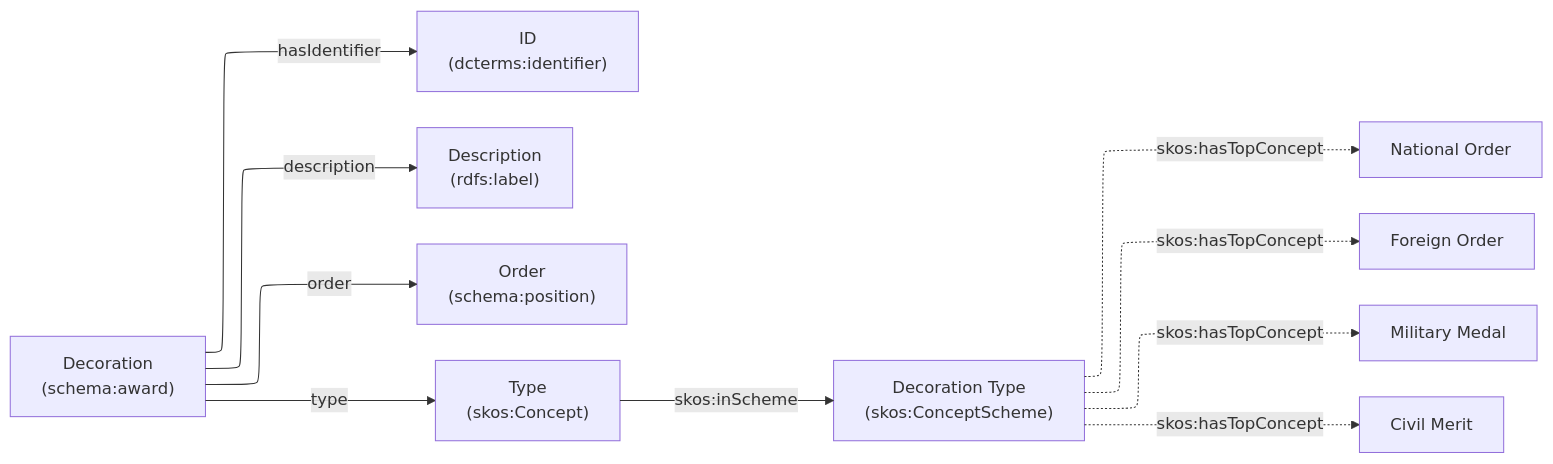
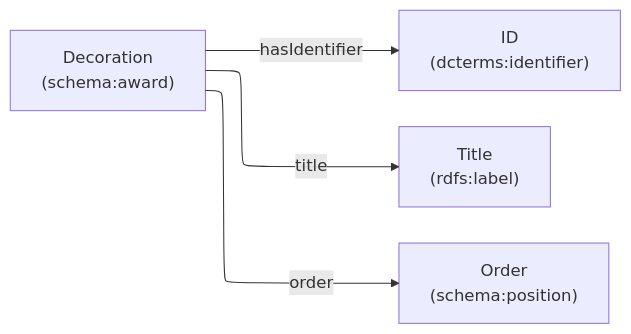
One commit to Kaankzlyar/orwell-generalized changed the diagram in docs/registobiografico/decoration.mermaid. Above: the diagram before and after it, drawn with Mermaid. The commit also changed 10 other files, not shown here.

Commit message:
fix some graphs

```diff
--- a/docs/registobiografico/decoration.mermaid
+++ b/docs/registobiografico/decoration.mermaid
@@ -1,15 +1,8 @@
 ---
 config:
   layout: elk
 ---
 flowchart LR
     Decoration["Decoration<br>(schema:award)"] -- hasIdentifier --> did["ID<br>(dcterms:identifier)"]
-    Decoration -- description --> ddes["Description<br>(rdfs:label)"]
+    Decoration -- title --> ddes["Title<br>(rdfs:label)"]
     Decoration -- order --> dorder["Order<br>(schema:position)"]
-    Decoration -- type --> dtype["Type<br>(skos:Concept)"]
-    
-    dtype -->|"skos:inScheme"| dtypeEnum["Decoration Type<br>(skos:ConceptScheme)"]
-    dtypeEnum -.->|"skos:hasTopConcept"| dt1["National Order"]
-    dtypeEnum -.->|"skos:hasTopConcept"| dt2["Foreign Order"]
-    dtypeEnum -.->|"skos:hasTopConcept"| dt3["Military Medal"]
-    dtypeEnum -.->|"skos:hasTopConcept"| dt4["Civil Merit"]
```
